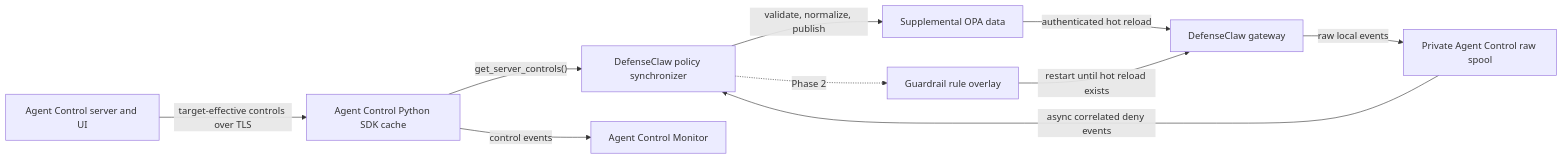
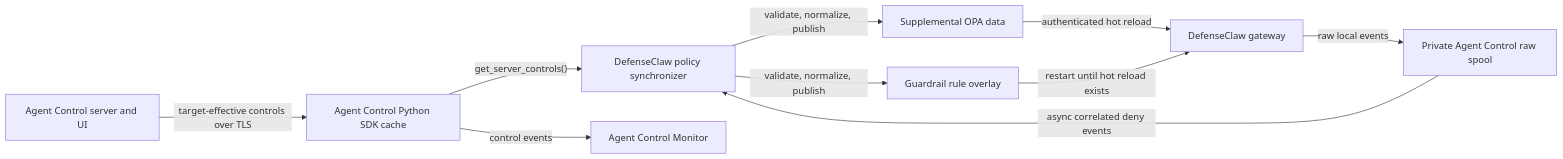
Before and after one commit to cisco-ai-defense/defenseclaw: the first of 2 diagrams in docs/design/agent-control-defenseclaw-sync-spec.md, drawn with Mermaid. The commit also changed other lines of this file and 9 other files, not shown here.

````diff
--- a/docs/design/agent-control-defenseclaw-sync-spec.md
+++ b/docs/design/agent-control-defenseclaw-sync-spec.md
@@ -57,21 +55,21 @@
 ```mermaid
 flowchart LR
     AC["Agent Control server and UI"]
     SDK["Agent Control Python SDK cache"]
     SYNC["DefenseClaw policy synchronizer"]
     OPA["Supplemental OPA data"]
     RULES["Guardrail rule overlay"]
     GW["DefenseClaw gateway"]
     LOG["Private Agent Control raw spool"]
     MON["Agent Control Monitor"]
 
     AC -->|"target-effective controls over TLS"| SDK
     SDK -->|"get_server_controls()"| SYNC
     SYNC -->|"validate, normalize, publish"| OPA
-    SYNC -.->|"Phase 2"| RULES
+    SYNC -->|"validate, normalize, publish"| RULES
     OPA -->|"authenticated hot reload"| GW
     RULES -->|"restart until hot reload exists"| GW
     GW -->|"raw local events"| LOG
     LOG -->|"async correlated deny events"| SYNC
     SDK -->|"control events"| MON
 ```
````
